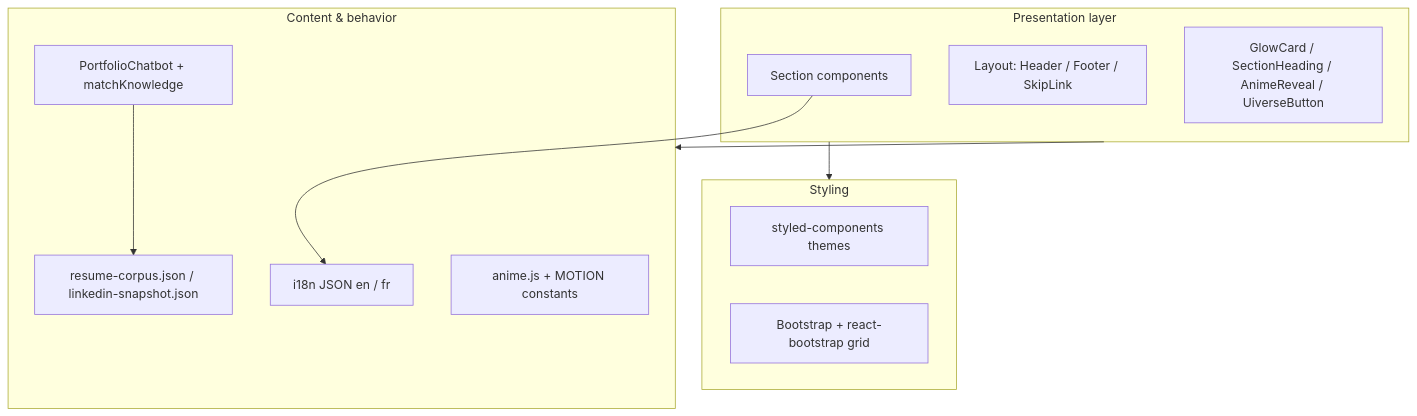
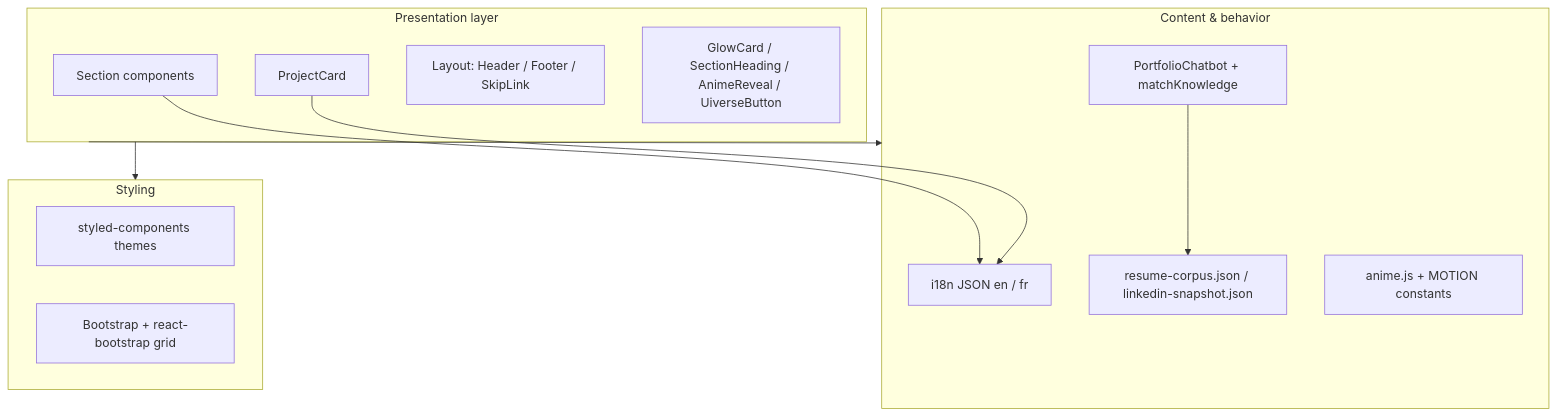
One commit to kdutta25/my-portfolio changed the third of 3 diagrams in README.md. Above: the diagram before and after it, drawn with Mermaid. The commit also changed other lines of this file, not shown here.

````diff
--- a/README.md
+++ b/README.md
@@ -146,25 +158,27 @@
 ```mermaid
 flowchart TB
   subgraph presentation["Presentation layer"]
     SEC[Section components]
+    PC[ProjectCard]
     LAY[Layout: Header / Footer / SkipLink]
     UI[GlowCard / SectionHeading / AnimeReveal / UiverseButton]
   end
 
   subgraph styling["Styling"]
     SC[styled-components themes]
     BS[Bootstrap + react-bootstrap grid]
   end
 
   subgraph content["Content & behavior"]
     L10n[i18n JSON en / fr]
     CHAT[PortfolioChatbot + matchKnowledge]
     DATA[resume-corpus.json / linkedin-snapshot.json]
     MOTION[anime.js + MOTION constants]
   end
 
   presentation --> styling
   presentation --> content
   CHAT --> DATA
   SEC --> L10n
+  PC --> L10n
 ```
````
